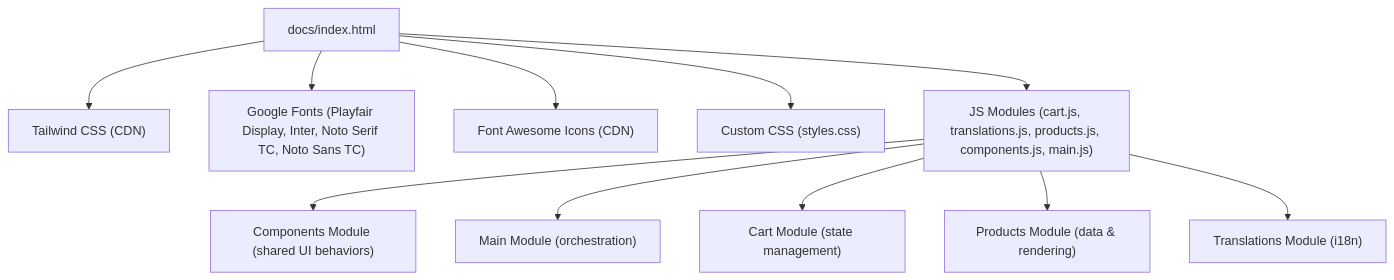
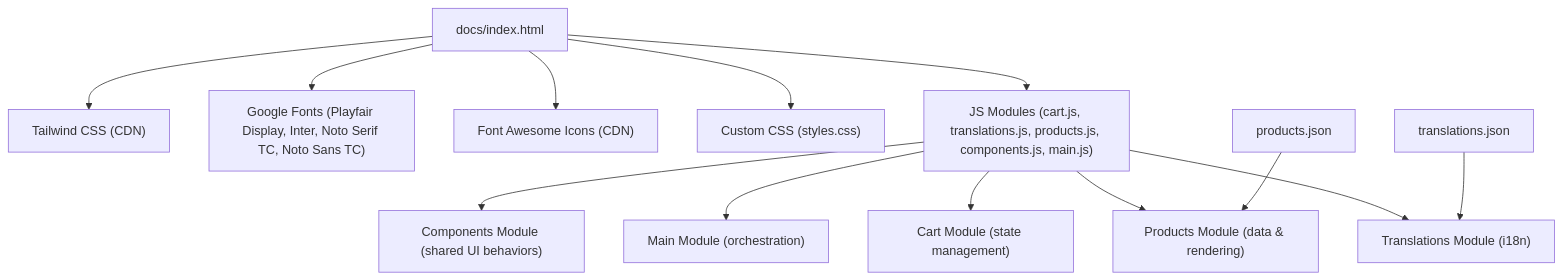
One commit to queenflowerhk/queenflowerhk.github.io changed the first of 4 diagrams in .qoder/repowiki/en/content/User Interface Components/User Interface Components.md. Above: the diagram before and after it, drawn with Mermaid. The commit also changed other lines of this file and 20 other files, not shown here.

````diff
--- a/.qoder/repowiki/en/content/User Interface Components/User Interface Components.md
+++ b/.qoder/repowiki/en/content/User Interface Components/User Interface Components.md
@@ -53,13 +57,15 @@
 ```mermaid
 graph TB
 A["docs/index.html"] --> B["Tailwind CSS (CDN)"]
 A --> C["Google Fonts (Playfair Display, Inter, Noto Serif TC, Noto Sans TC)"]
 A --> D["Font Awesome Icons (CDN)"]
 A --> E["Custom CSS (styles.css)"]
 A --> F["JS Modules (cart.js, translations.js, products.js, components.js, main.js)"]
 F --> G["Components Module (shared UI behaviors)"]
 F --> H["Main Module (orchestration)"]
 F --> I["Cart Module (state management)"]
 F --> J["Products Module (data & rendering)"]
 F --> K["Translations Module (i18n)"]
+L["products.json"] --> J
+M["translations.json"] --> K
 ```
````
